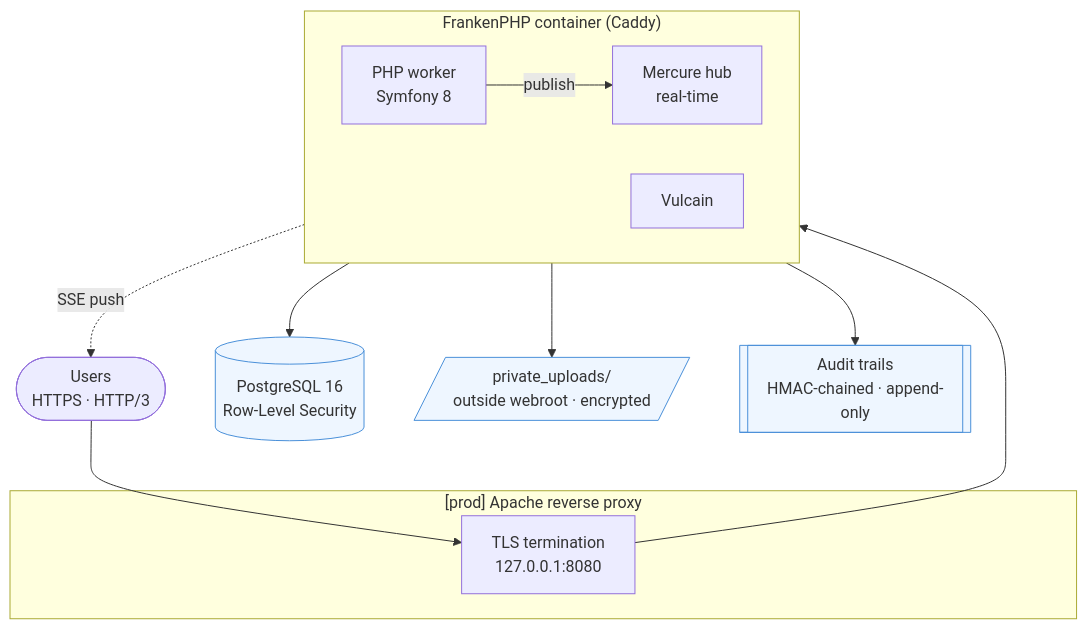
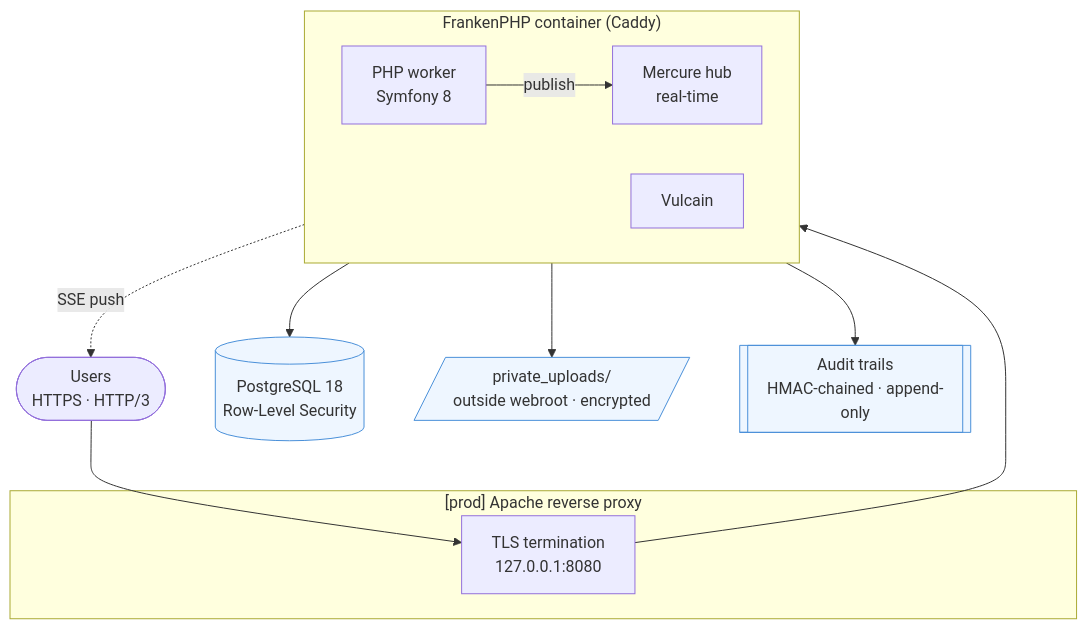
Before and after one commit to stevenCayla/synapse-docs: the first of 3 diagrams in src/content/docs/en/architecture/overview.md, drawn with Mermaid. The commit also changed 9 other files, not shown here.

````diff
--- a/src/content/docs/en/architecture/overview.md
+++ b/src/content/docs/en/architecture/overview.md
@@ -47,30 +47,30 @@
 ```mermaid
 flowchart TB
     users(["Users<br/>HTTPS · HTTP/3"])
 
     subgraph proxy["[prod] Apache reverse proxy"]
         tls["TLS termination<br/>127.0.0.1:8080"]
     end
 
     subgraph container["FrankenPHP container (Caddy)"]
         direction LR
         worker["PHP worker<br/>Symfony 8"]
         mercure["Mercure hub<br/>real-time"]
         vulcain["Vulcain"]
     end
 
-    pg[("PostgreSQL 16<br/>Row-Level Security")]
+    pg[("PostgreSQL 18<br/>Row-Level Security")]
     files[/"private_uploads/<br/>outside webroot · encrypted"/]
     audit[["Audit trails<br/>HMAC-chained · append-only"]]
 
     users --> tls
     tls --> worker
     worker -- "publish" --> mercure
     mercure -. "SSE push" .-> users
     worker --> pg
     worker --> files
     worker --> audit
 
     classDef store fill:#eef6ff,stroke:#4a90d9;
     class pg,files,audit store;
 ```
````
